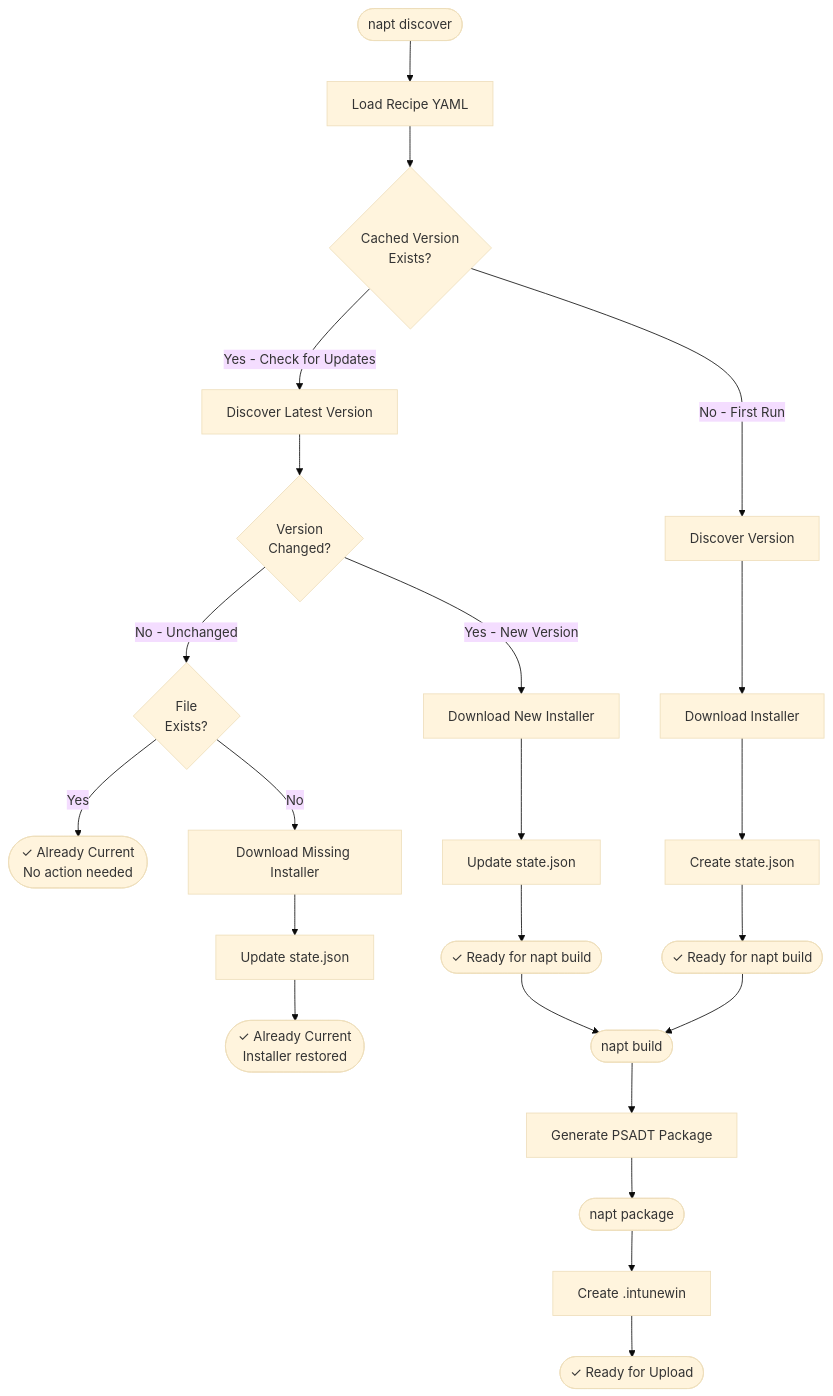
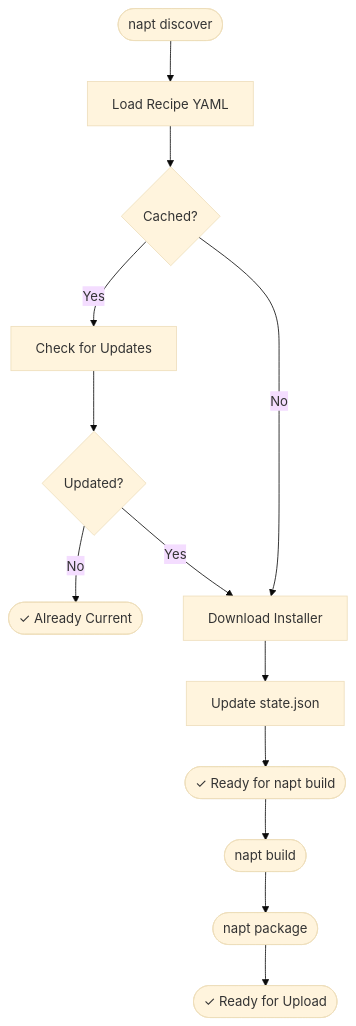
The diagram in docs/index.md (RogerCibrian/notapkgtool), drawn with Mermaid (base theme) before and after one commit. The commit also changed other lines of this file and 2 other files, not shown here.

Commit message:
docs: improve information architecture across documentation
Landing page (index.md):
- Simplify verbose tip section with link to user guide
- Remove redundant 'Key optimization' paragraph
- Simplify and center main workflow diagram
- Condense cross-platform table and Creating Recipes section

Quick start (quick-start.md):
- Prioritize pip installation over Poetry for end-users
- Add virtual environment setup steps
- Move platform-specific requirements to top-level section
- Add expected outputs to example workflow
- Simplify output modes section

User guide (user-guide.md):
- Reorder sections: Commands â†’ Strategies â†’ State â†’ Config
- Add output modes comparison table for --verbose vs --debug
- Simplify benefits section under State Management
- Split complex workflow into separate diagrams
- Convert ASCII decision guide to Mermaid diagram
- Integrate performance info into main sections

````diff
--- a/docs/index.md
+++ b/docs/index.md
@@ -52,31 +53,18 @@
 ```mermaid
 flowchart TD
     Start([napt discover]) --> LoadRecipe[Load Recipe YAML]
-    LoadRecipe --> CheckCache{Cached Version<br/>Exists?}
+    LoadRecipe --> CheckCache{Cached?}
     
-    CheckCache -->|Yes - Check for Updates| DiscoverNew[Discover Latest Version]
-    DiscoverNew --> CompareVersion{Version<br/>Changed?}
+    CheckCache -->|Yes| CheckUpdates[Check for Updates]
+    CheckUpdates --> IsUpdated{Updated?}
+    IsUpdated -->|No| Skip([✓ Already Current])
+    IsUpdated -->|Yes| Download[Download Installer]
     
-    CompareVersion -->|No - Unchanged| CheckFile{File<br/>Exists?}
-    CheckFile -->|Yes| AlreadyCurrent([✓ Already Current<br/>No action needed])
-    CheckFile -->|No| DownloadSame[Download Missing Installer]
-    DownloadSame --> UpdateState1[Update state.json]
-    UpdateState1 --> AlreadyCurrent2([✓ Already Current<br/>Installer restored])
+    CheckCache -->|No| Download
+    Download --> UpdateState[Update state.json]
+    UpdateState --> Ready([✓ Ready for napt build])
     
-    CompareVersion -->|Yes - New Version| DownloadNew[Download New Installer]
-    DownloadNew --> UpdateState2[Update state.json]
-    UpdateState2 --> BuildReady2([✓ Ready for napt build])
-    
-    CheckCache -->|No - First Run| DiscoverFirst[Discover Version]
-    DiscoverFirst --> DownloadFirst[Download Installer]
-    DownloadFirst --> CreateState[Create state.json]
-    CreateState --> BuildReady3([✓ Ready for napt build])
-    
-    BuildReady2 --> Build([napt build])
-    BuildReady3 --> Build
-    
-    Build --> GeneratePSADT[Generate PSADT Package]
-    GeneratePSADT --> Package([napt package])
-    Package --> CreateIntune[Create .intunewin]
-    CreateIntune --> Ready([✓ Ready for Upload])
+    Ready --> Build([napt build])
+    Build --> Package([napt package])
+    Package --> Deploy([✓ Ready for Upload])
 ```
````
